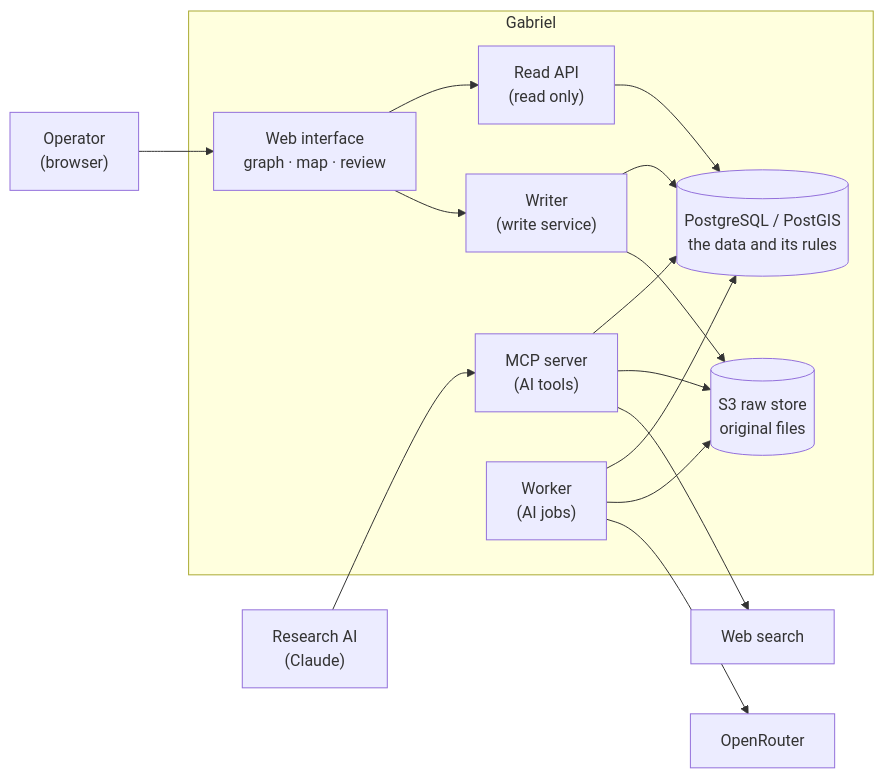
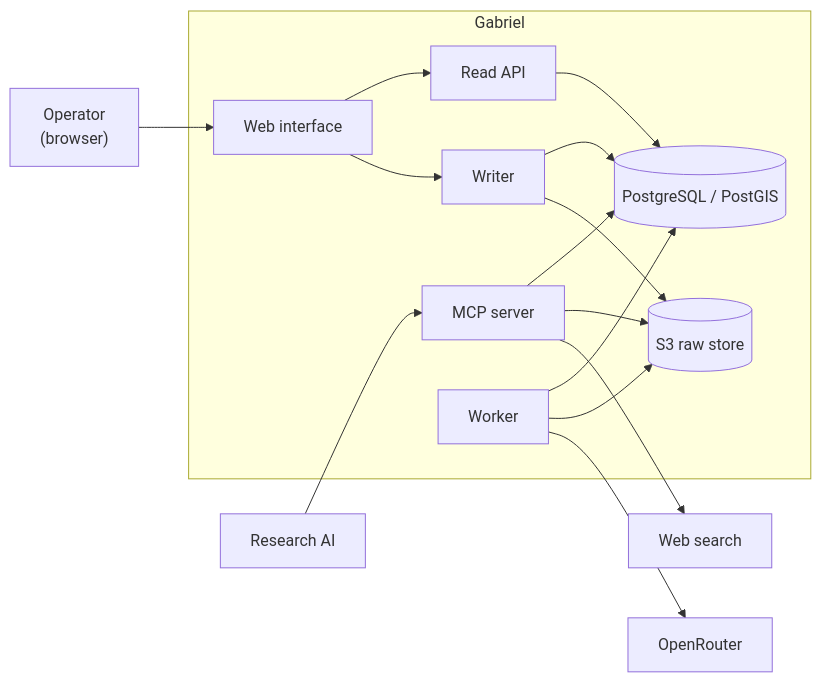
One commit to gabriel-neutron/GAB changed the diagram in docs/spec.md. Above: the diagram before and after it, drawn with Mermaid. The commit also changed other lines of this file and 2 other files, not shown here.

````diff
--- a/docs/spec.md
+++ b/docs/spec.md
@@ -8,29 +9,26 @@
 ```mermaid
 flowchart LR
     OP["Operator<br/>(browser)"]
-    AI["Research AI<br/>(Claude)"]
-
+    AI["Research AI"]
     subgraph APP["Gabriel"]
-        UI["Web interface<br/>graph · map · review"]
-        READ["Read API<br/>(read only)"]
-        WRITE["Writer<br/>(write service)"]
-        MCP["MCP server<br/>(AI tools)"]
-        WORK["Worker<br/>(AI jobs)"]
-        DB[("PostgreSQL / PostGIS<br/>the data and its rules")]
-        RAW[("S3 raw store<br/>original files")]
+        UI["Web interface"]
+        READ["Read API"]
+        WRITE["Writer"]
+        MCP["MCP server"]
+        WORK["Worker"]
+        DB[("PostgreSQL / PostGIS")]
+        RAW[("S3 raw store")]
     end
-
     MODEL["OpenRouter"]
     SEARCH["Web search"]
-
     OP --> UI
     UI --> READ --> DB
     UI --> WRITE --> DB
     WRITE --> RAW
     AI --> MCP --> DB
     MCP --> RAW
     MCP --> SEARCH
     WORK --> DB
     WORK --> RAW
     WORK --> MODEL
 ```
````
